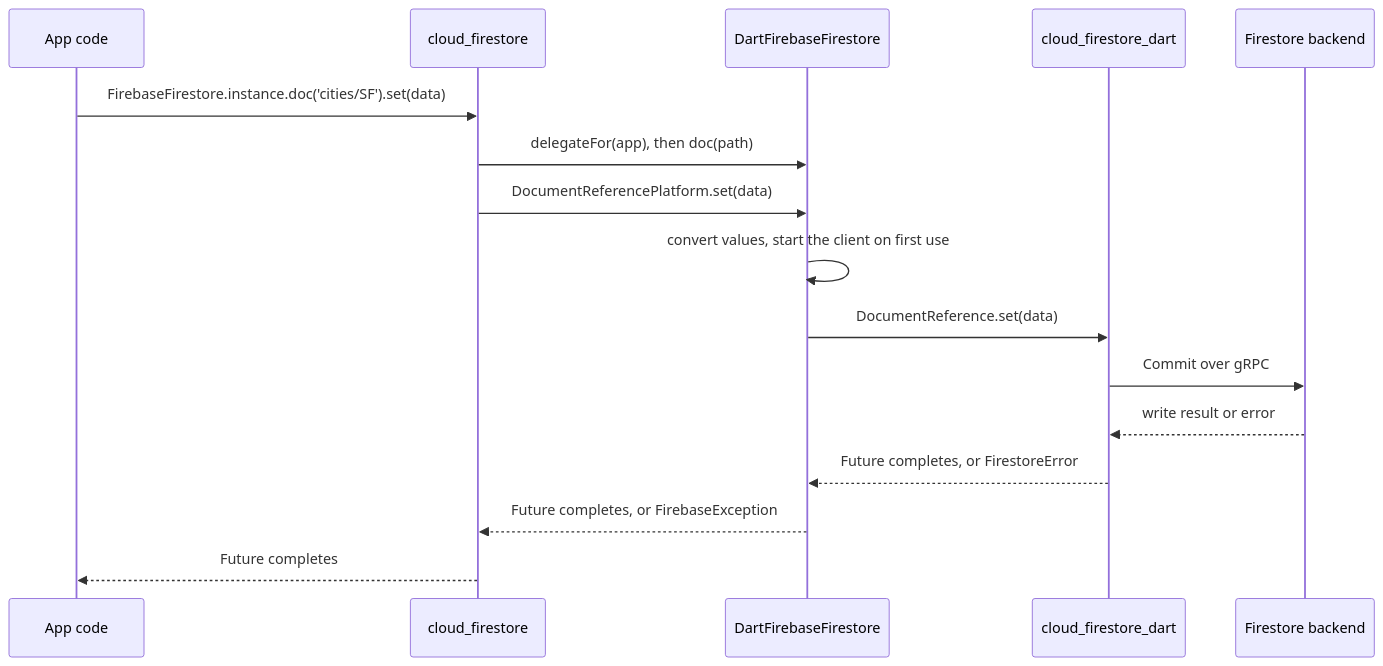
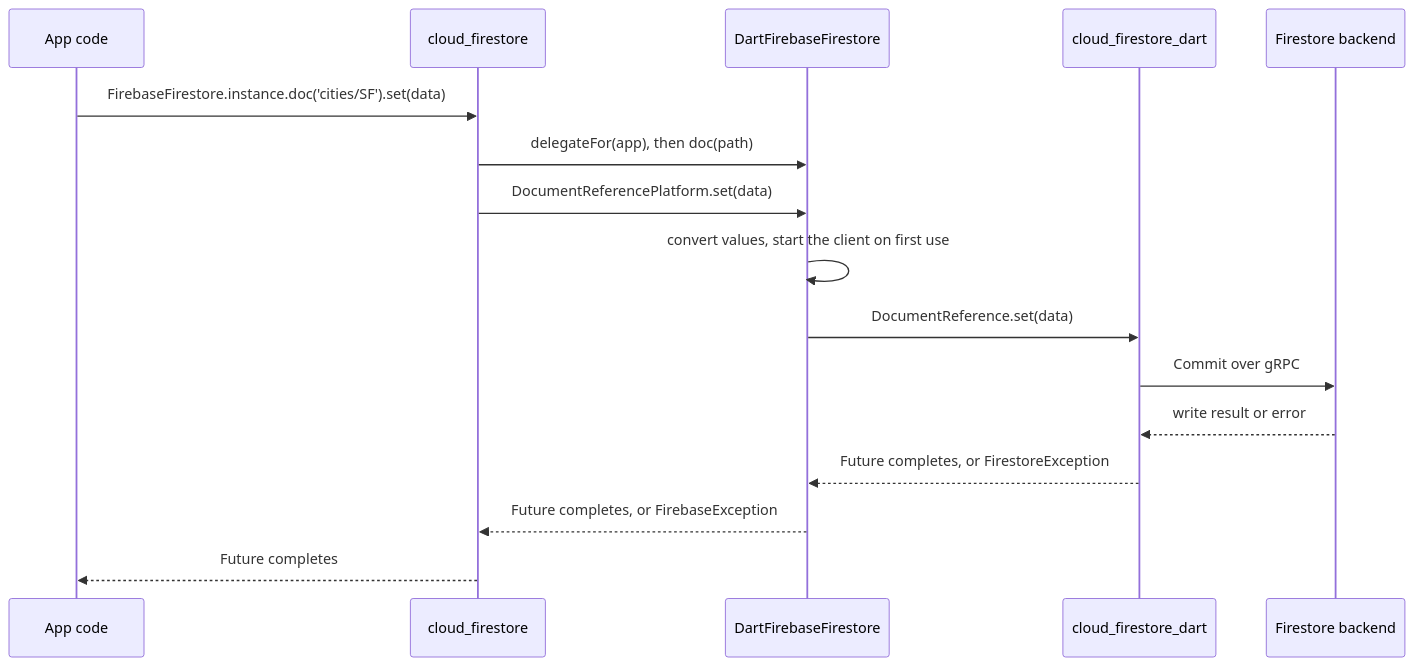
One commit to long1eu/firebase_dart_sdk changed the diagram in docs/guides/flutterfire_platform.md. Above: the diagram before and after it, drawn with Mermaid. The commit also changed 30 other files, not shown here.

First line of the commit message:
Port cloud_firestore_dart_platform and the bridge to the 0.2 API

````diff
--- a/docs/guides/flutterfire_platform.md
+++ b/docs/guides/flutterfire_platform.md
@@ -28,18 +28,18 @@
 ```mermaid
 sequenceDiagram
     participant App as App code
     participant Official as cloud_firestore
     participant Platform as DartFirebaseFirestore
     participant Client as cloud_firestore_dart
     participant Backend as Firestore backend
     App->>Official: FirebaseFirestore.instance.doc('cities/SF').set(data)
     Official->>Platform: delegateFor(app), then doc(path)
     Official->>Platform: DocumentReferencePlatform.set(data)
     Platform->>Platform: convert values, start the client on first use
     Platform->>Client: DocumentReference.set(data)
     Client->>Backend: Commit over gRPC
     Backend-->>Client: write result or error
-    Client-->>Platform: Future completes, or FirestoreError
+    Client-->>Platform: Future completes, or FirestoreException
     Platform-->>Official: Future completes, or FirebaseException
     Official-->>App: Future completes
 ```
````
